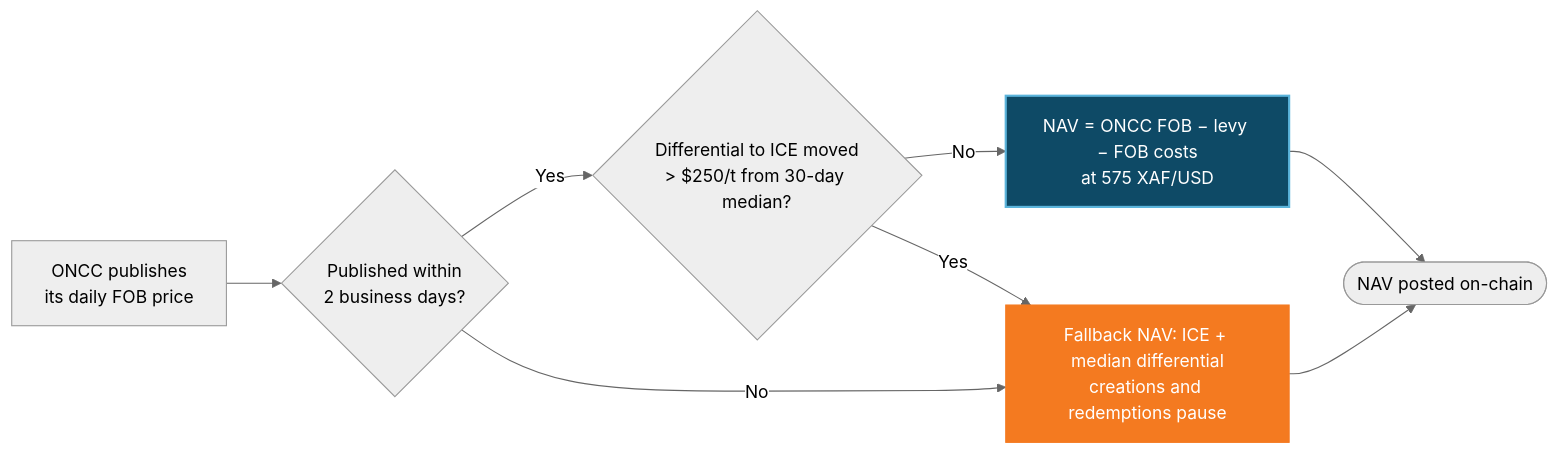
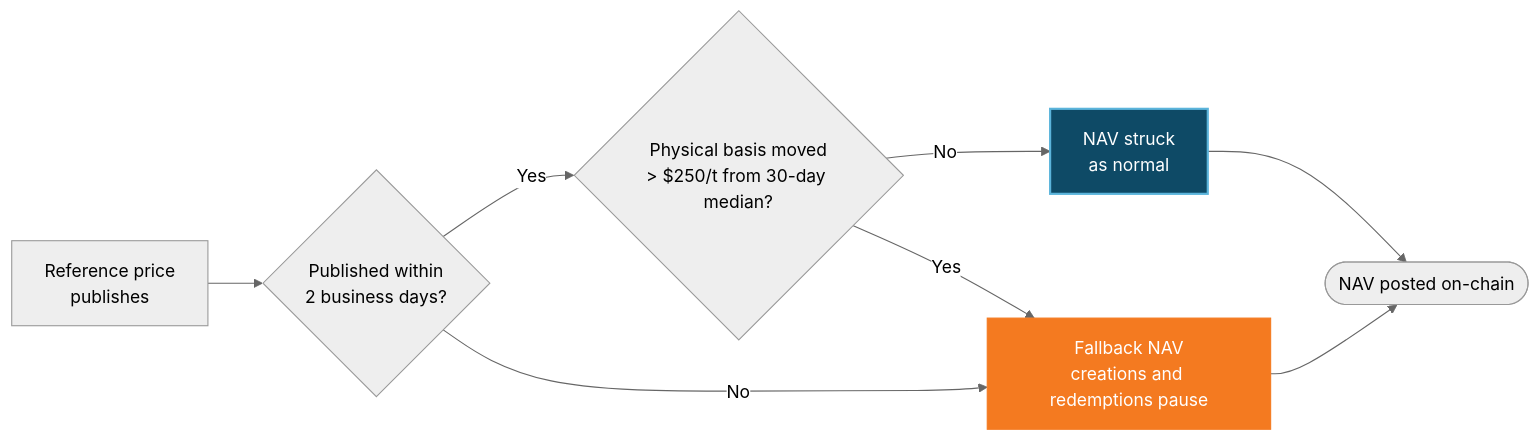
One commit to cargofinance/documentation changed the second of 2 diagrams in ecosystem/rwa-vault-mechanism.mdx. Above: the diagram before and after it, drawn with Mermaid (neutral theme). The commit also changed other lines of this file and 37 other files, not shown here.

````diff
--- a/ecosystem/rwa-vault-mechanism.mdx
+++ b/ecosystem/rwa-vault-mechanism.mdx
@@ -109,14 +102,14 @@
 ```mermaid
 flowchart LR
-    A["ONCC publishes<br/>its daily FOB price"] --> B{"Published within<br/>2 business days?"}
-    B -- "Yes" --> C{"Differential to ICE moved<br/>> $250/t from 30-day median?"}
-    C -- "No" --> D["NAV = ONCC FOB − levy − FOB costs<br/>at 575 XAF/USD"]
-    B -- "No" --> F["Fallback NAV: ICE + median differential<br/>creations and redemptions pause"]
+    A["Reference price<br/>publishes"] --> B{"Published within<br/>2 business days?"}
+    B -- "Yes" --> C{"Physical basis moved<br/>> $250/t from 30-day median?"}
+    C -- "No" --> D["NAV struck<br/>as normal"]
+    B -- "No" --> F["Fallback NAV<br/>creations and redemptions pause"]
     C -- "Yes" --> F
     D --> E(["NAV posted on-chain"])
     F --> E
     classDef key fill:#0E4A66,stroke:#5BB4DB,stroke-width:2px,color:#ffffff
     classDef accent fill:#F47A20,stroke:#F47A20,color:#ffffff
     class D key
     class F accent
 ```
````
